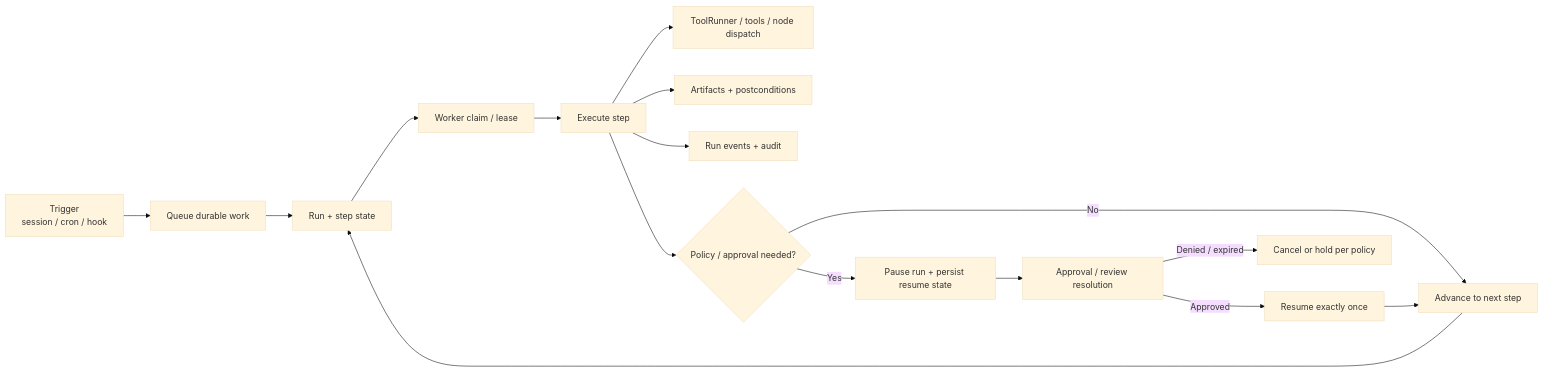
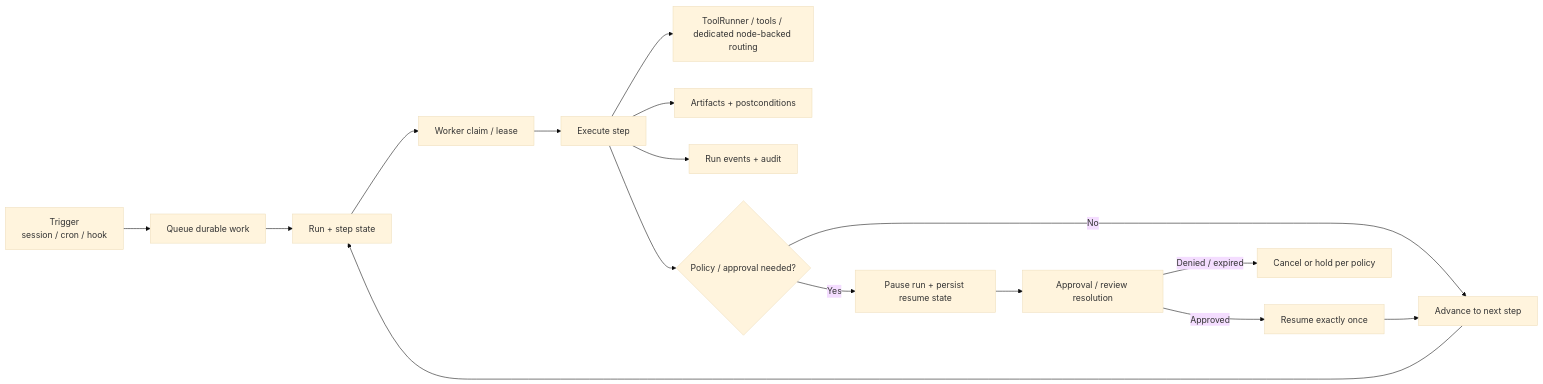
The diagram in docs/architecture/gateway/execution-engine/index.md (tyrumai/tyrum), drawn with Mermaid (base theme) before and after one commit. The commit also changed 23 other files, not shown here.

First line of the commit message:
ARCH-27: Delete tool.node.dispatch and complete dedicated-tool cleanup (#1594) (#1636)

````diff
--- a/docs/architecture/gateway/execution-engine/index.md
+++ b/docs/architecture/gateway/execution-engine/index.md
@@ -17,19 +17,19 @@
 ```mermaid
 flowchart LR
   Trigger["Trigger<br/>session / cron / hook"] --> Queue["Queue durable work"]
   Queue --> Run["Run + step state"]
   Run --> Claim["Worker claim / lease"]
   Claim --> Execute["Execute step"]
-  Execute --> ToolRunner["ToolRunner / tools / node dispatch"]
+  Execute --> ToolRunner["ToolRunner / tools / dedicated node-backed routing"]
   Execute --> Evidence["Artifacts + postconditions"]
   Execute --> Events["Run events + audit"]
 
   Execute --> Decision{"Policy / approval needed?"}
   Decision -->|No| Next["Advance to next step"]
   Decision -->|Yes| Pause["Pause run + persist resume state"]
   Pause --> Approval["Approval / review resolution"]
   Approval -->|Approved| Resume["Resume exactly once"]
   Approval -->|Denied / expired| Cancel["Cancel or hold per policy"]
   Resume --> Next
   Next --> Run
 ```
````
